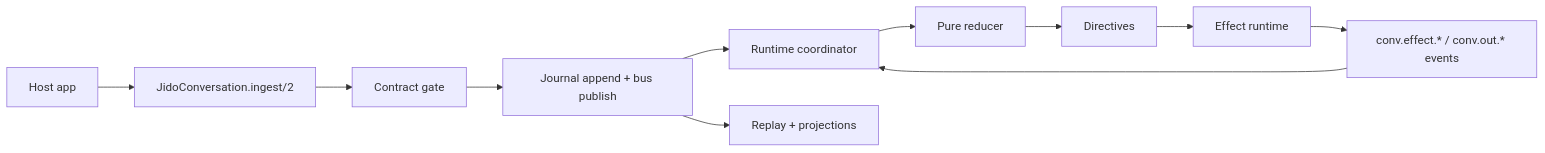
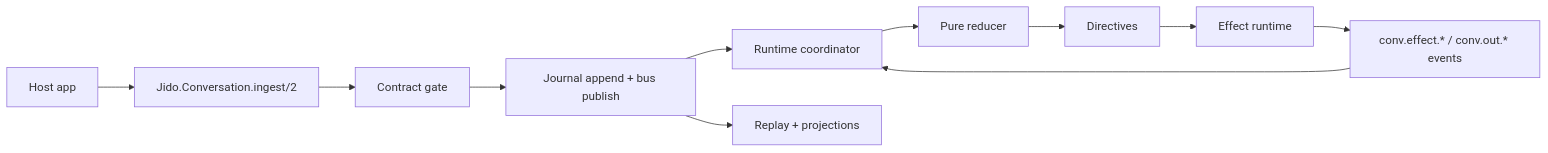
The diagram in docs/user/01_overview_and_architecture.md (pcharbon70/jido_conversation), drawn with Mermaid before and after one commit. The commit also changed other lines of this file and 103 other files, not shown here.

Commit message:
refactor: rename namespace to Jido.Conversation

````diff
--- a/docs/user/01_overview_and_architecture.md
+++ b/docs/user/01_overview_and_architecture.md
@@ -40,13 +40,13 @@
 ```mermaid
 flowchart LR
-  A["Host app"] --> B["JidoConversation.ingest/2"]
+  A["Host app"] --> B["Jido.Conversation.ingest/2"]
   B --> C["Contract gate"]
   C --> D["Journal append + bus publish"]
   D --> E["Runtime coordinator"]
   E --> F["Pure reducer"]
   F --> G["Directives"]
   G --> H["Effect runtime"]
   H --> I["conv.effect.* / conv.out.* events"]
   I --> E
   D --> J["Replay + projections"]
 ```
````
